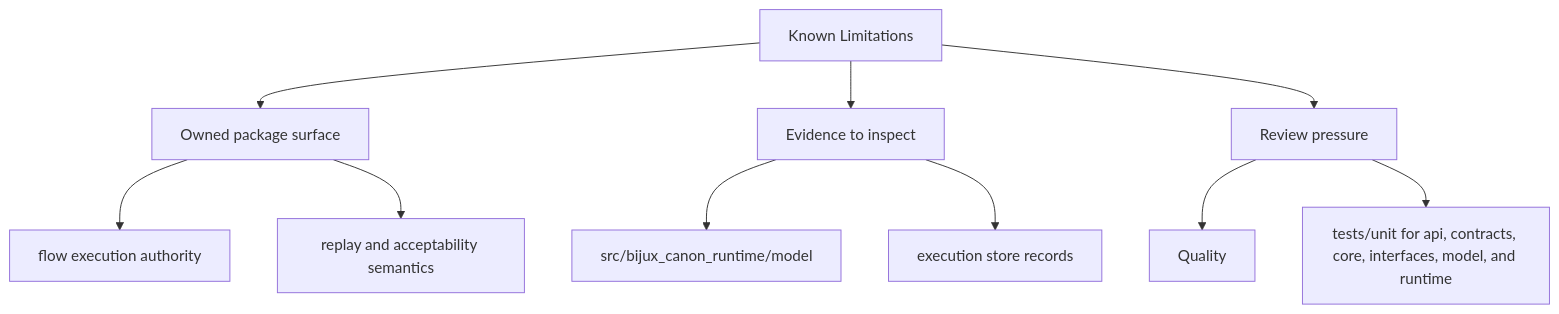
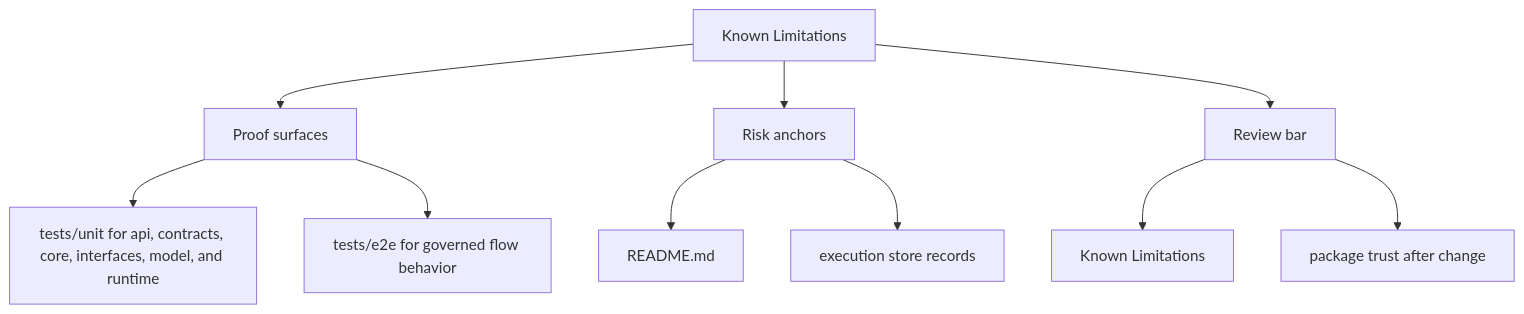
The second of 2 diagrams in docs/bijux-canon-runtime/quality/known-limitations.md (bijux/bijux-canon), drawn with Mermaid before and after one commit. The commit also changed other lines of this file and 250 other files, not shown here.

Commit message:
docs(diagrams): make product page maps more readable

````diff
--- a/docs/bijux-canon-runtime/quality/known-limitations.md
+++ b/docs/bijux-canon-runtime/quality/known-limitations.md
@@ -34,22 +34,22 @@
 ```mermaid
 flowchart TD
     page["Known Limitations"]
-    focus1["Owned package surface"]
+    focus1["Proof surfaces"]
     page --> focus1
-    focus1_1["flow execution authority"]
+    focus1_1["tests/unit for api, contracts, core, interfaces, model, and runtime"]
     focus1 --> focus1_1
-    focus1_2["replay and acceptability semantics"]
+    focus1_2["tests/e2e for governed flow behavior"]
     focus1 --> focus1_2
-    focus2["Evidence to inspect"]
+    focus2["Risk anchors"]
     page --> focus2
-    focus2_1["src/bijux_canon_runtime/model"]
+    focus2_1["README.md"]
     focus2 --> focus2_1
     focus2_2["execution store records"]
     focus2 --> focus2_2
-    focus3["Review pressure"]
+    focus3["Review bar"]
     page --> focus3
-    focus3_1["Quality"]
+    focus3_1["Known Limitations"]
     focus3 --> focus3_1
-    focus3_2["tests/unit for api, contracts, core, interfaces, model, and runtime"]
+    focus3_2["package trust after change"]
     focus3 --> focus3_2
 ```
````
